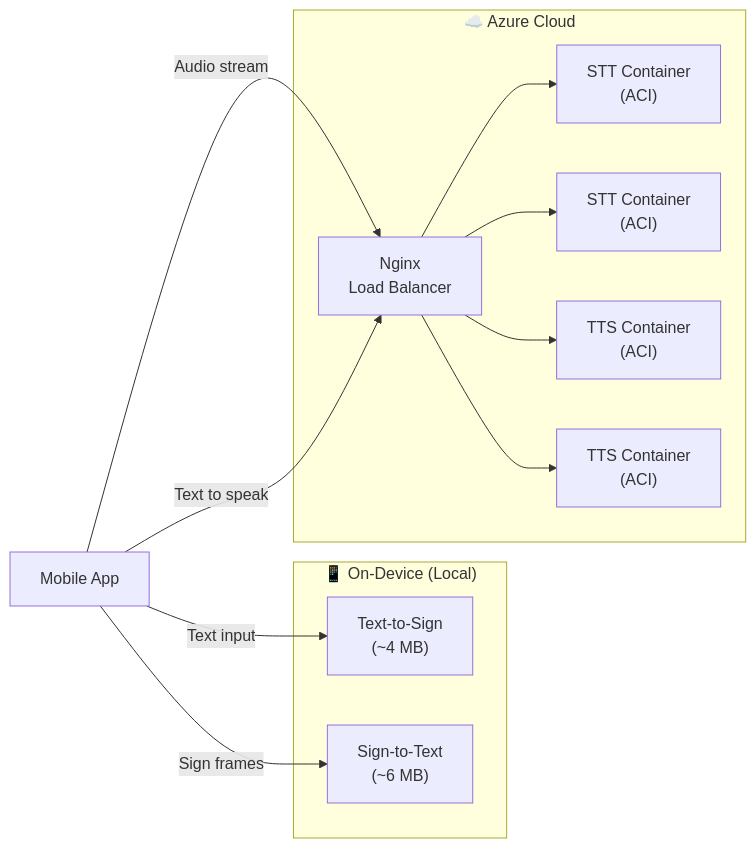
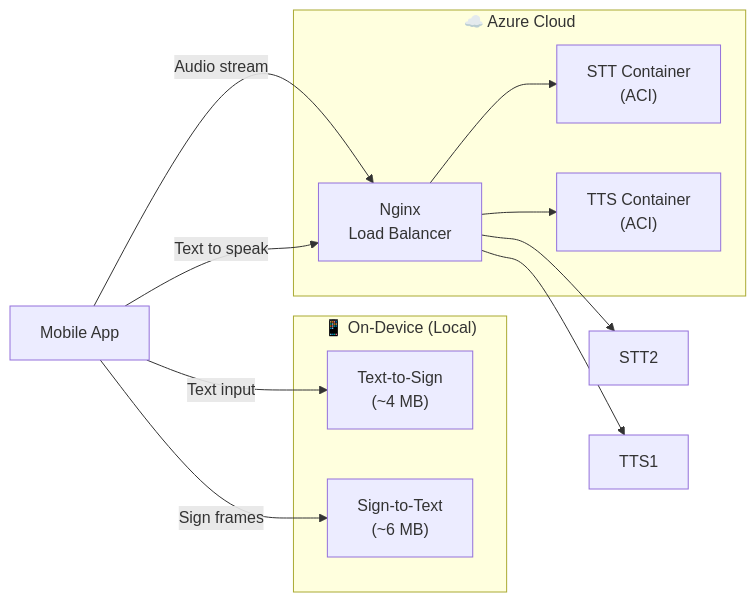
One commit to ahmad-bensalah/SignBridge changed the second of 2 diagrams in README.md. Above: the diagram before and after it, drawn with Mermaid.

Commit message:
README update

````diff
--- a/README.md
+++ b/README.md
@@ -111,24 +111,22 @@
 ```mermaid
 graph LR
     subgraph "📱 On-Device (Local)"
         TTSi["Text-to-Sign\n(~4 MB)"]
         SiTT["Sign-to-Text\n(~6 MB)"]
     end
 
     subgraph "☁️ Azure Cloud"
         Nginx["Nginx\nLoad Balancer"]
         STT1["STT Container\n(ACI)"]
-        STT2["STT Container\n(ACI)"]
-        TTS1["TTS Container\n(ACI)"]
         TTS2["TTS Container\n(ACI)"]
     end
 
     App["Mobile App"] -->|Sign frames| SiTT
     App -->|Text input| TTSi
     App -->|Audio stream| Nginx
     App -->|Text to speak| Nginx
     Nginx --> STT1
     Nginx --> STT2
     Nginx --> TTS1
     Nginx --> TTS2
 ```
````
